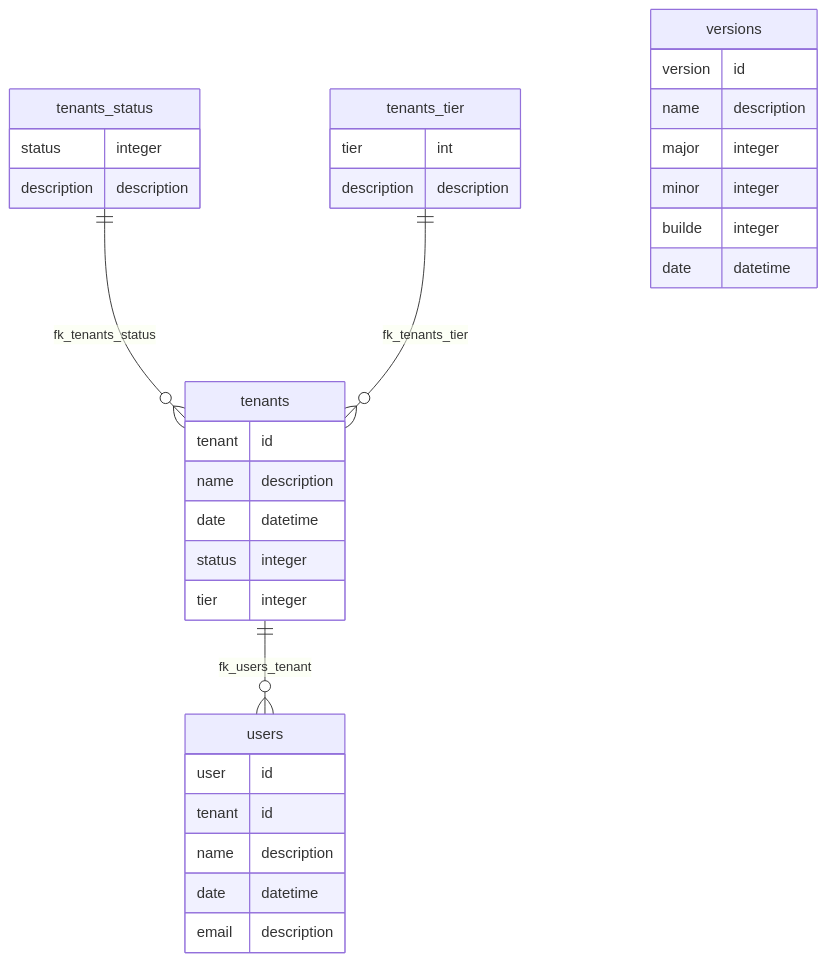
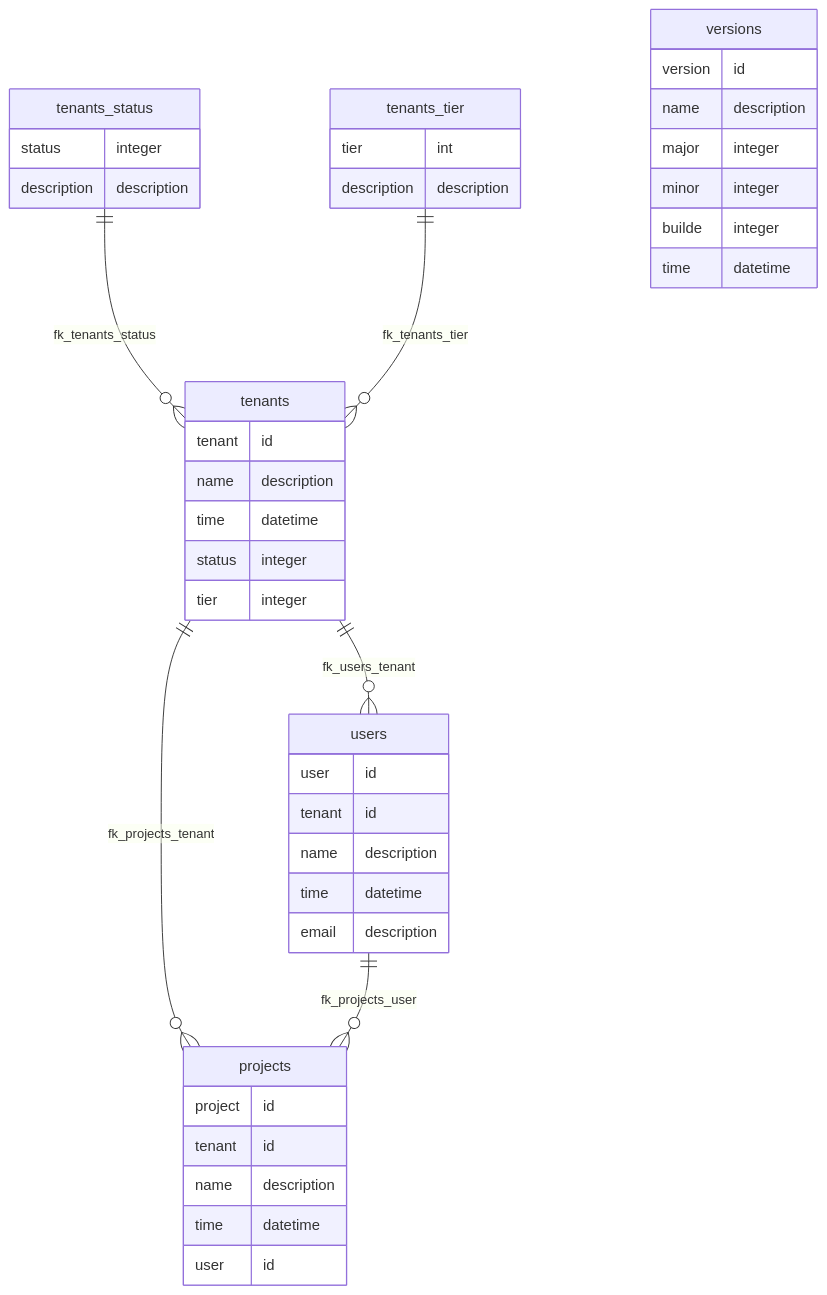
One commit to LVRodrigues/fpa-management changed the diagram in database/diagram.md. Above: the diagram before and after it, drawn with Mermaid. The commit also changed 8 other files, not shown here.

````diff
--- a/database/diagram.md
+++ b/database/diagram.md
@@ -3,41 +3,52 @@
 ```mermaid
 erDiagram
     tenants_status ||--o{ tenants: fk_tenants_status
     tenants_tier ||--o{ tenants: fk_tenants_tier
     tenants ||--o{ users: fk_users_tenant
+
+    tenants ||--o{ projects: fk_projects_tenant
+    users ||--o{ projects: fk_projects_user
 
     tenants_status {
         status      integer
         description description
     }
 
     tenants_tier {
         tier        int
         description description
     }
 
     tenants {
         tenant      id
         name        description
-        date        datetime
+        time        datetime
         status      integer
         tier        integer
     }
 
     users {
         user        id
         tenant      id
         name        description
-        date        datetime
+        time        datetime
         email       description
     }
 
     versions {
         version     id
         name        description
         major       integer
         minor       integer
         builde      integer
-        date        datetime
+        time        datetime
+    }
+
+    projects {
+        project     id
+        tenant      id
+        name        description
+        time        datetime
+        user        id
     }
 ```
````
